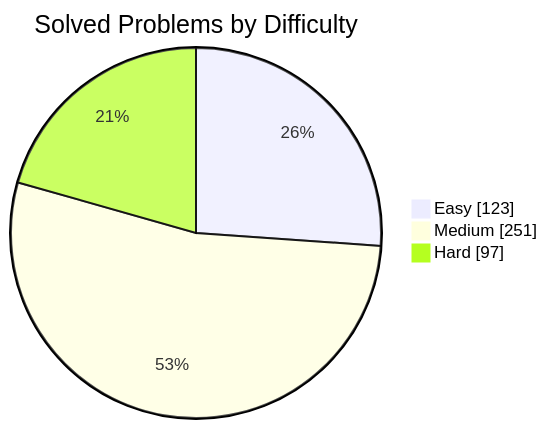
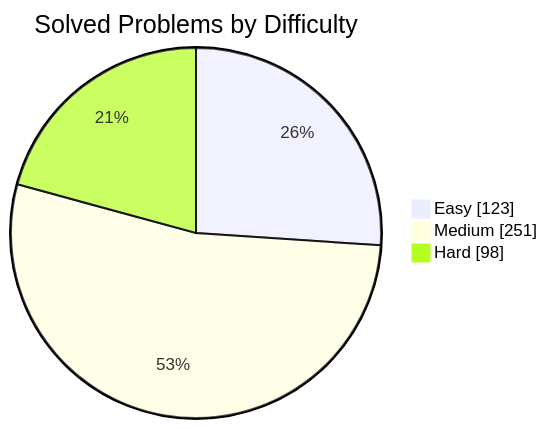
One commit to manikantbindass/DSA-Preparation-FAANG changed the first of 2 diagrams in README.md. Above: the diagram before and after it, drawn with Mermaid. The commit also changed other lines of this file and 1 other file, not shown here.

````diff
--- a/README.md
+++ b/README.md
@@ -77,7 +77,7 @@
 ```mermaid
 pie showData
     title Solved Problems by Difficulty
     "Easy" : 123
     "Medium" : 251
-    "Hard" : 97
+    "Hard" : 98
 ```
````
